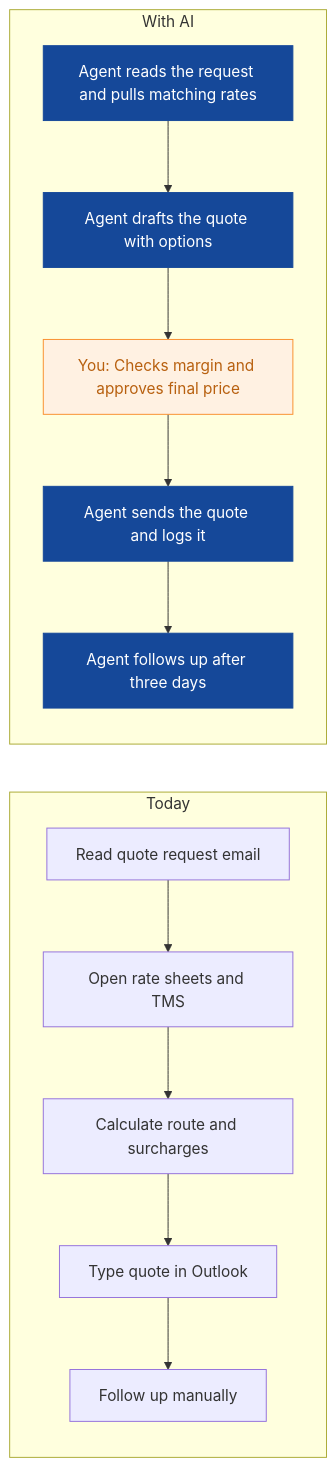
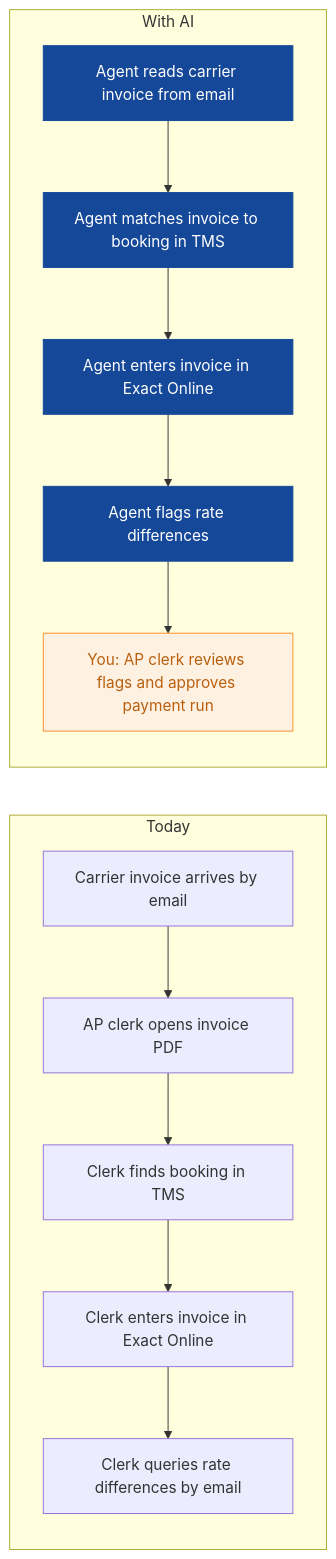
One commit to nexibeo/Complete-AI-Strategy changed the sixth of 9 diagrams in strategies/harborline-freight.md. Above: the diagram before and after it, drawn with Mermaid. The commit also changed other lines of this file and 26 other files, not shown here.

````diff
--- a/strategies/harborline-freight.md
+++ b/strategies/harborline-freight.md
@@ -164,23 +198,23 @@
 ```mermaid
 flowchart LR
   subgraph Today
-    B0["Read quote request email"]
-    B1["Open rate sheets and TMS"]
-    B2["Calculate route and surcharges"]
-    B3["Type quote in Outlook"]
-    B4["Follow up manually"]
+    B0["Carrier invoice arrives by email"]
+    B1["AP clerk opens invoice PDF"]
+    B2["Clerk finds booking in TMS"]
+    B3["Clerk enters invoice in Exact Online"]
+    B4["Clerk queries rate differences by email"]
     B0 --> B1 --> B2 --> B3 --> B4
   end
   subgraph WithAI[With AI]
-    A0["Agent reads the request and pulls matching rates"]
-    A1["Agent drafts the quote with options"]
-    A2["You: Checks margin and approves final price"]
-    A3["Agent sends the quote and logs it"]
-    A4["Agent follows up after three days"]
+    A0["Agent reads carrier invoice from email"]
+    A1["Agent matches invoice to booking in TMS"]
+    A2["Agent enters invoice in Exact Online"]
+    A3["Agent flags rate differences"]
+    A4["You: AP clerk reviews flags and approves payment run"]
     A0 --> A1 --> A2 --> A3 --> A4
   end
   classDef ai fill:#154899,color:#fff,stroke:#154899
   classDef human fill:#FFF1E2,color:#B8600F,stroke:#F98F2C
-  class A0,A1,A3,A4 ai
-  class A2 human
+  class A0,A1,A2,A3 ai
+  class A4 human
 ```
````
